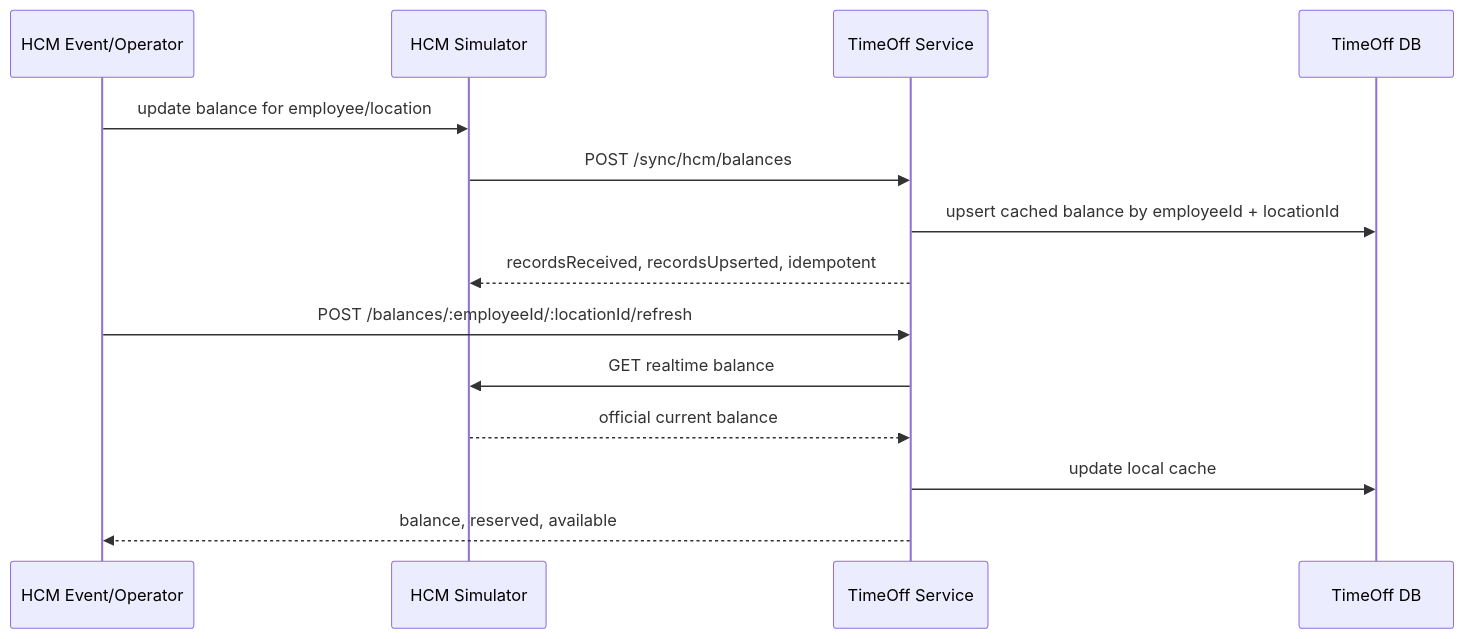
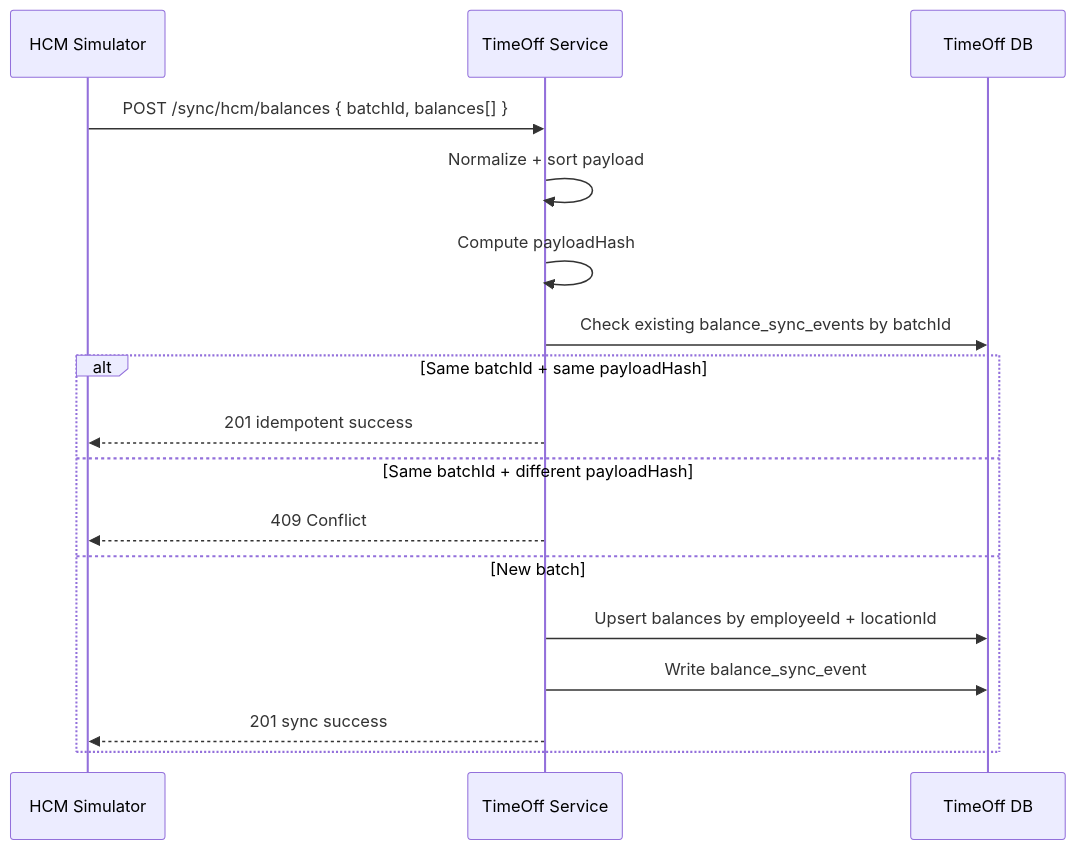
The fourth of 4 diagrams in docs/TRD.md (hanzlanouman/wizdaa_task), drawn with Mermaid before and after one commit. The commit also changed other lines of this file and 5 other files, not shown here.

Commit message:
Documentation Update: Added Diagrams

````diff
--- a/docs/TRD.md
+++ b/docs/TRD.md
@@ -291,18 +316,21 @@
 ```mermaid
 sequenceDiagram
-    participant External as HCM Event/Operator
     participant H as HCM Simulator
-    participant T as TimeOff Service
+    participant TimeOff as TimeOff Service
     participant DB as TimeOff DB
 
-    External->>H: update balance for employee/location
-    H->>T: POST /sync/hcm/balances
-    T->>DB: upsert cached balance by employeeId + locationId
-    T-->>H: recordsReceived, recordsUpserted, idempotent
+    H->>TimeOff: POST /sync/hcm/balances { batchId, balances[] }
+    TimeOff->>TimeOff: Normalize + sort payload
+    TimeOff->>TimeOff: Compute payloadHash
+    TimeOff->>DB: Check existing balance_sync_events by batchId
 
-    External->>T: POST /balances/:employeeId/:locationId/refresh
-    T->>H: GET realtime balance
-    H-->>T: official current balance
-    T->>DB: update local cache
-    T-->>External: balance, reserved, available
+    alt Same batchId + same payloadHash
+        TimeOff-->>H: 201 idempotent success
+    else Same batchId + different payloadHash
+        TimeOff-->>H: 409 Conflict
+    else New batch
+        TimeOff->>DB: Upsert balances by employeeId + locationId
+        TimeOff->>DB: Write balance_sync_event
+        TimeOff-->>H: 201 sync success
+    end
 ```
````
